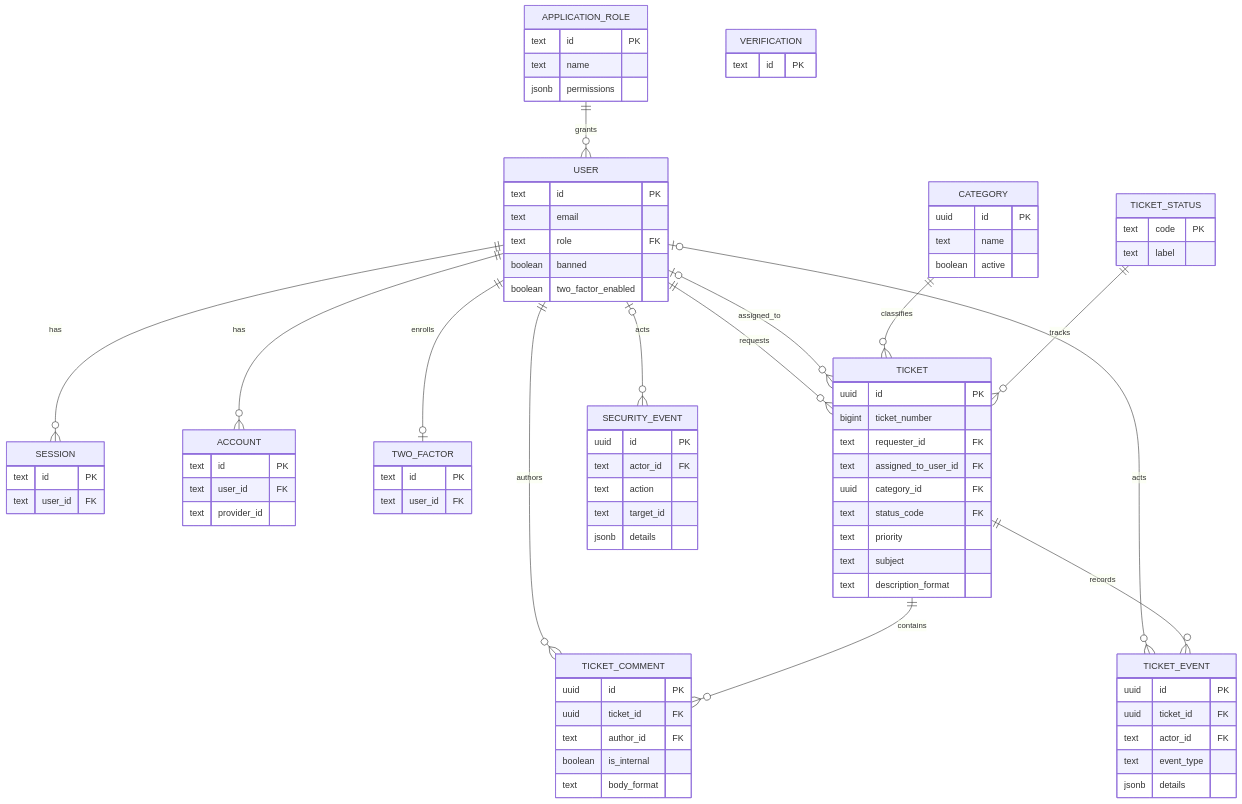
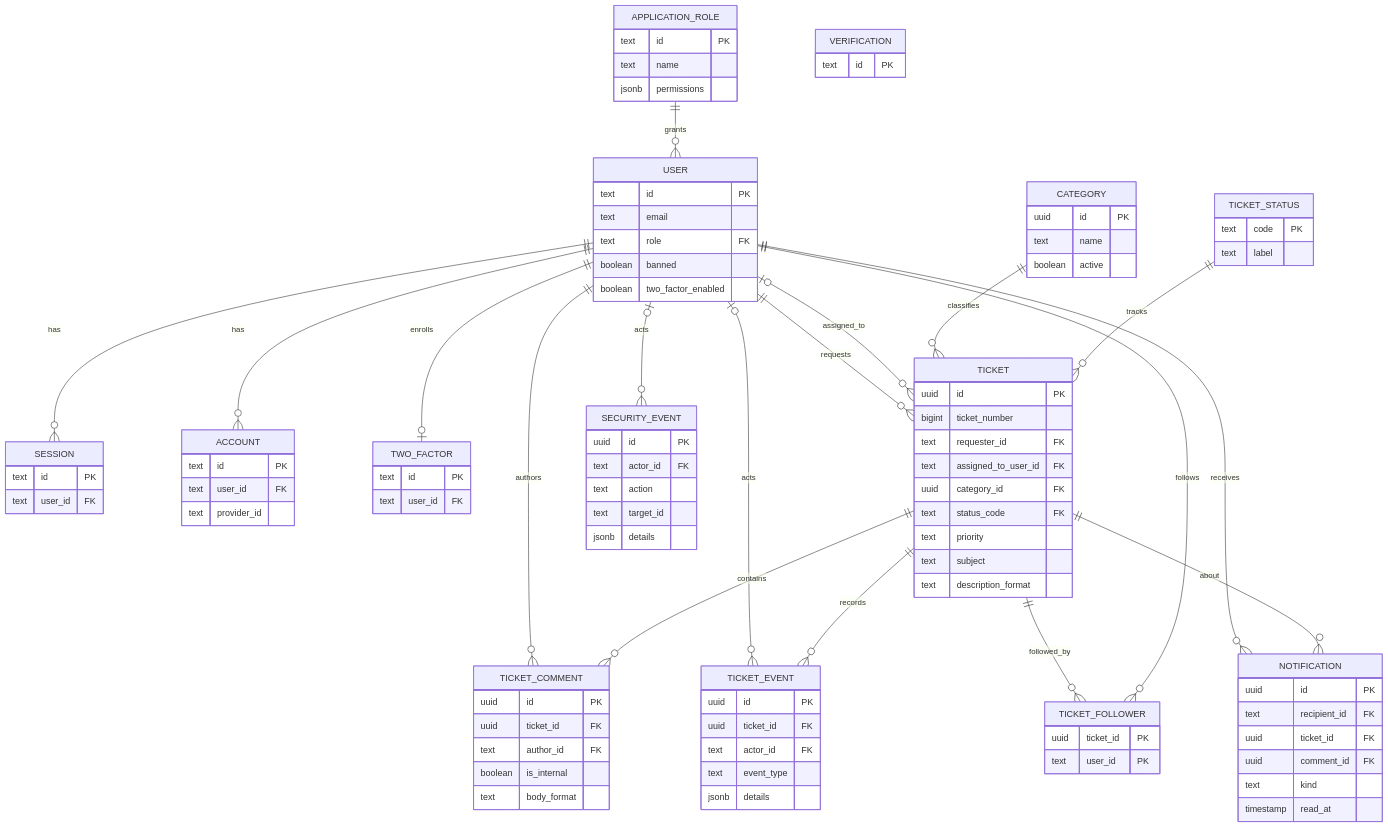
The diagram in docs/diagrams/entity-relationship.mmd (Mystery2099/capstone-ticket-system), drawn with Mermaid before and after one commit. The commit also changed 5 other files, not shown here.

```diff
--- a/docs/diagrams/entity-relationship.mmd
+++ b/docs/diagrams/entity-relationship.mmd
@@ -1,83 +1,99 @@
 erDiagram
   APPLICATION_ROLE ||--o{ USER : grants
   USER ||--o{ SESSION : has
   USER ||--o{ ACCOUNT : has
   USER ||--o| TWO_FACTOR : enrolls
   USER ||--o{ TICKET : requests
   USER o|--o{ TICKET : assigned_to
   USER ||--o{ TICKET_COMMENT : authors
   USER o|--o{ TICKET_EVENT : acts
   USER o|--o{ SECURITY_EVENT : acts
   CATEGORY ||--o{ TICKET : classifies
   TICKET_STATUS ||--o{ TICKET : tracks
   TICKET ||--o{ TICKET_COMMENT : contains
   TICKET ||--o{ TICKET_EVENT : records
+  TICKET ||--o{ TICKET_FOLLOWER : followed_by
+  USER ||--o{ TICKET_FOLLOWER : follows
+  USER ||--o{ NOTIFICATION : receives
+  TICKET ||--o{ NOTIFICATION : about
   APPLICATION_ROLE {
     text id PK
     text name
     jsonb permissions
   }
   USER {
     text id PK
     text email
     text role FK
     boolean banned
     boolean two_factor_enabled
   }
   SESSION {
     text id PK
     text user_id FK
   }
   ACCOUNT {
     text id PK
     text user_id FK
     text provider_id
   }
   TWO_FACTOR {
     text id PK
     text user_id FK
   }
   VERIFICATION {
     text id PK
   }
   CATEGORY {
     uuid id PK
     text name
     boolean active
   }
   TICKET_STATUS {
     text code PK
     text label
   }
   TICKET {
     uuid id PK
     bigint ticket_number
     text requester_id FK
     text assigned_to_user_id FK
     uuid category_id FK
     text status_code FK
     text priority
     text subject
     text description_format
   }
   TICKET_COMMENT {
     uuid id PK
     uuid ticket_id FK
     text author_id FK
     boolean is_internal
     text body_format
   }
   TICKET_EVENT {
     uuid id PK
     uuid ticket_id FK
     text actor_id FK
     text event_type
     jsonb details
   }
   SECURITY_EVENT {
     uuid id PK
     text actor_id FK
     text action
     text target_id
     jsonb details
   }
+  TICKET_FOLLOWER {
+    uuid ticket_id PK
+    text user_id PK
+  }
+  NOTIFICATION {
+    uuid id PK
+    text recipient_id FK
+    uuid ticket_id FK
+    uuid comment_id FK
+    text kind
+    timestamp read_at
+  }
```
